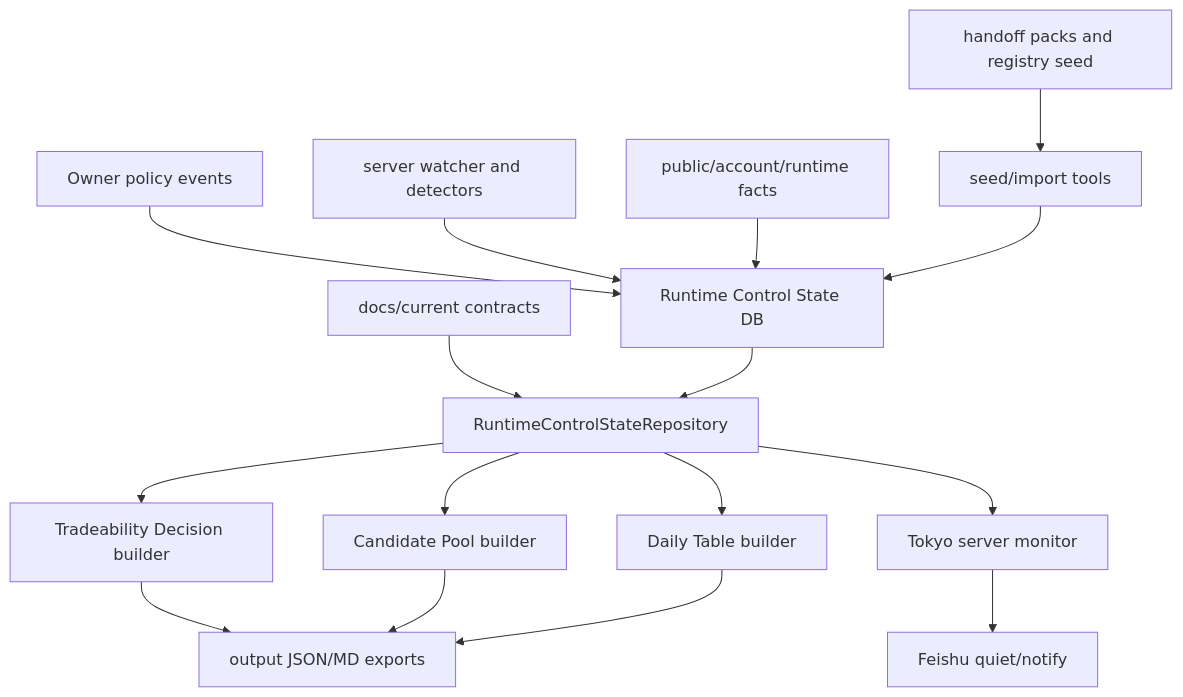
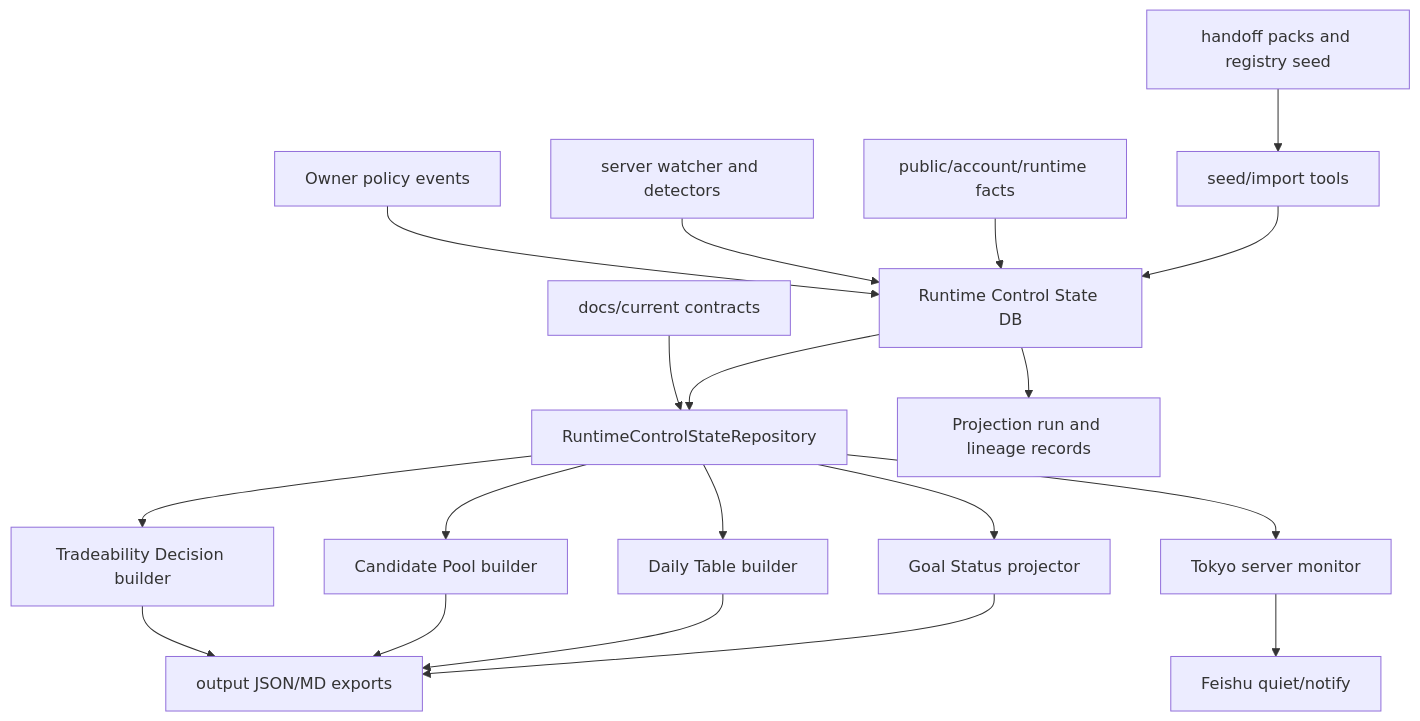
Before and after one commit to jiangwweie/dingdingbot: the diagram in docs/current/RUNTIME_CONTROL_STATE_DB_ARCHITECTURE.md, drawn with Mermaid. The commit also changed other lines of this file and 6 other files, not shown here.

````diff
--- a/docs/current/RUNTIME_CONTROL_STATE_DB_ARCHITECTURE.md
+++ b/docs/current/RUNTIME_CONTROL_STATE_DB_ARCHITECTURE.md
@@ -260,18 +389,21 @@
 ```mermaid
 flowchart TD
   Docs["docs/current contracts"] --> Repo["RuntimeControlStateRepository"]
   RegistrySeed["handoff packs and registry seed"] --> Importer["seed/import tools"]
   OwnerPolicy["Owner policy events"] --> DB["Runtime Control State DB"]
   Watcher["server watcher and detectors"] --> DB
   RuntimeFacts["public/account/runtime facts"] --> DB
   Importer --> DB
   DB --> Repo
+  DB --> ProjectionRuns["Projection run and lineage records"]
   Repo --> Tradeability["Tradeability Decision builder"]
   Repo --> CandidatePool["Candidate Pool builder"]
   Repo --> DailyTable["Daily Table builder"]
+  Repo --> GoalStatus["Goal Status projector"]
   Repo --> ServerMonitor["Tokyo server monitor"]
   Tradeability --> Export["output JSON/MD exports"]
   CandidatePool --> Export
   DailyTable --> Export
+  GoalStatus --> Export
   ServerMonitor --> Notify["Feishu quiet/notify"]
 ```
````
